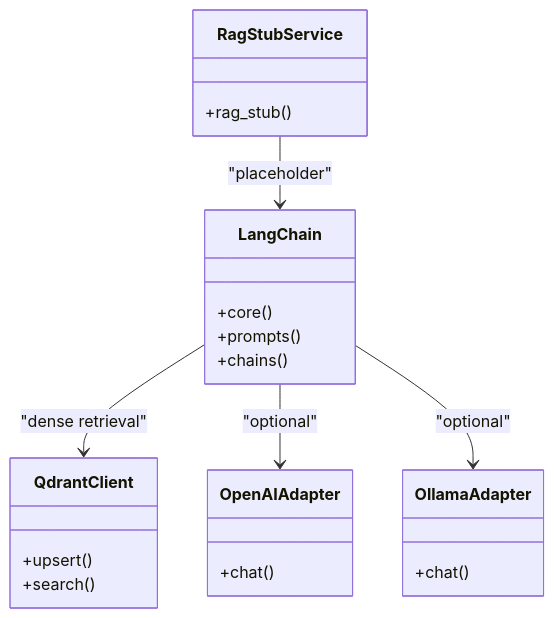
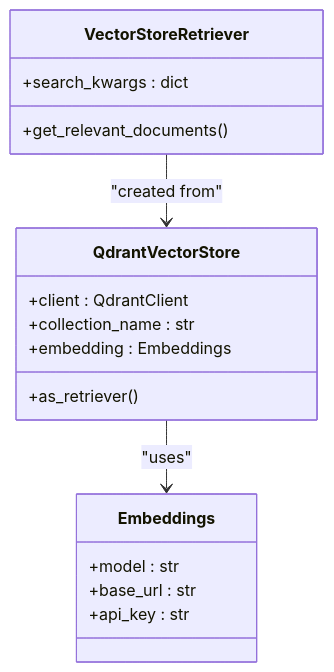
The sixth of 9 diagrams in .qoder/repowiki/en/content/RAG Integration.md (ognelis/cafetera_hr_bot), drawn with Mermaid before and after one commit. The commit also changed other lines of this file and 9 other files, not shown here.

````diff
--- a/.qoder/repowiki/en/content/RAG Integration.md
+++ b/.qoder/repowiki/en/content/RAG Integration.md
@@ -368,25 +300,20 @@
 ```mermaid
 classDiagram
-class LangChain {
-+core()
-+prompts()
-+chains()
+class QdrantVectorStore {
++client : QdrantClient
++collection_name : str
++embedding : Embeddings
++as_retriever()
 }
-class QdrantClient {
-+upsert()
-+search()
+class Embeddings {
++model : str
++base_url : str
++api_key : str
 }
-class OpenAIAdapter {
-+chat()
+class VectorStoreRetriever {
++search_kwargs : dict
++get_relevant_documents()
 }
-class OllamaAdapter {
-+chat()
-}
-class RagStubService {
-+rag_stub()
-}
-LangChain --> QdrantClient : "dense retrieval"
-LangChain --> OpenAIAdapter : "optional"
-LangChain --> OllamaAdapter : "optional"
-RagStubService --> LangChain : "placeholder"
+QdrantVectorStore --> Embeddings : "uses"
+VectorStoreRetriever --> QdrantVectorStore : "created from"
 ```
````
